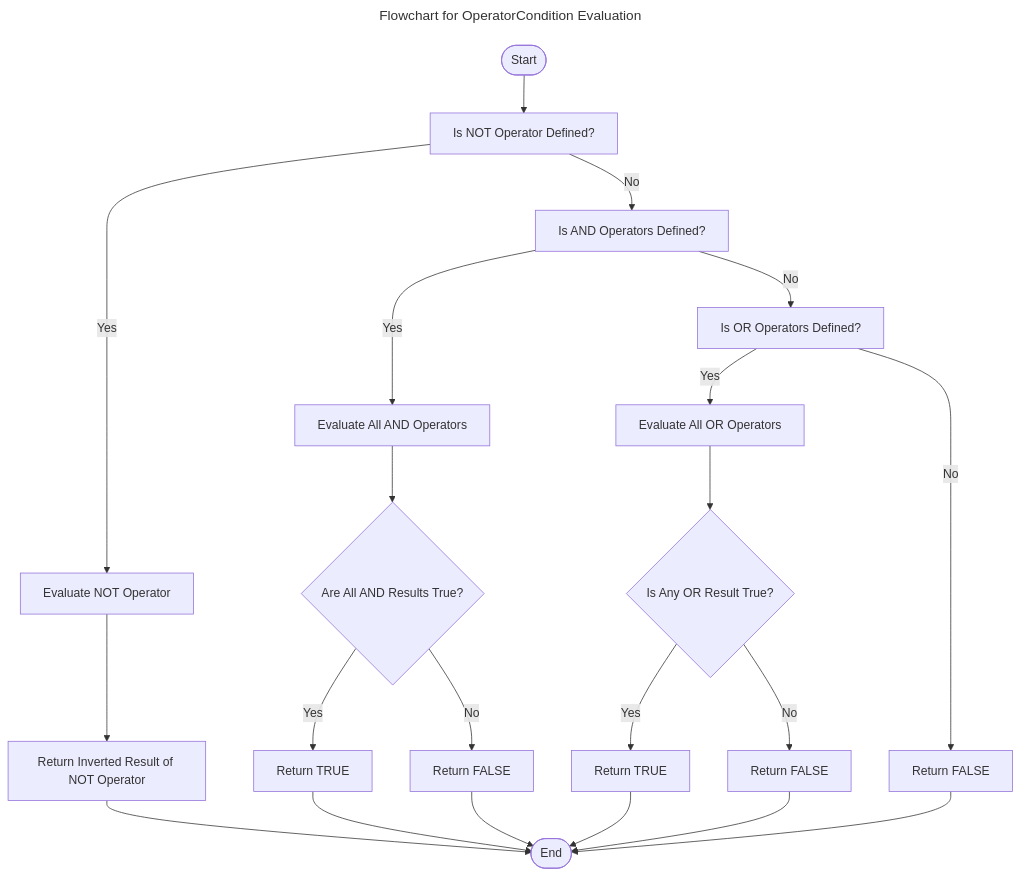
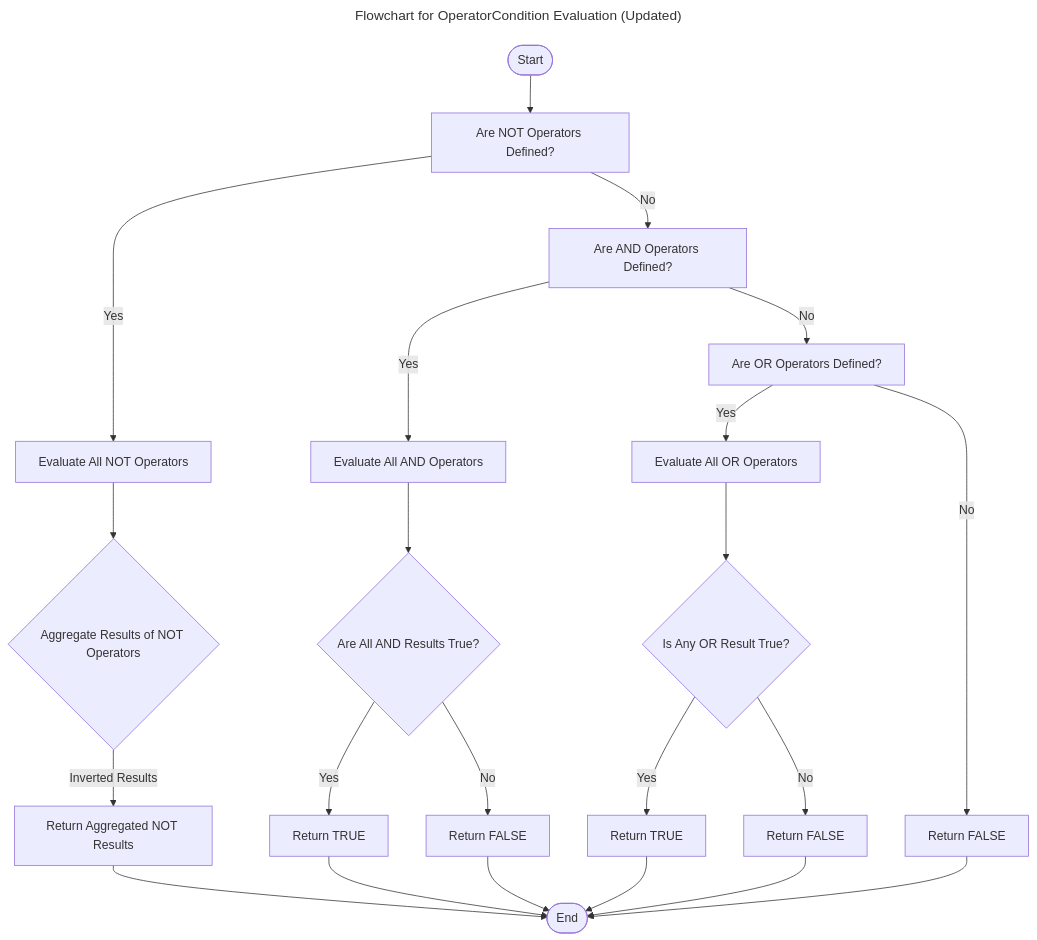
The third of 3 diagrams in README.md (thanhtrixx/rule-engine), drawn with Mermaid before and after one commit. The commit also changed other lines of this file and 6 other files, not shown here.

````diff
--- a/README.md
+++ b/README.md
@@ -113,32 +191,34 @@
 ```mermaid
 ---
-title: Flowchart for OperatorCondition Evaluation
+---
+title: Flowchart for OperatorCondition Evaluation (Updated)
 ---
 flowchart TD
-    Start([Start]) --> CheckNOT[Is NOT Operator Defined?]
+    Start([Start]) --> CheckNOTList[Are NOT Operators Defined?]
     
-    CheckNOT -->|Yes| EvaluateNOT[Evaluate NOT Operator]
-    EvaluateNOT --> ReturnNOTResult[Return Inverted Result of NOT Operator]
+    CheckNOTList -->|Yes| EvaluateNOTList[Evaluate All NOT Operators]
+    EvaluateNOTList --> AggregateNOTResults{Aggregate Results of NOT Operators}
+    AggregateNOTResults -->|Inverted Results| ReturnNOTResult[Return Aggregated NOT Results]
     ReturnNOTResult --> End([End])
     
-    CheckNOT -->|No| CheckAND[Is AND Operators Defined?]
+    CheckNOTList -->|No| CheckAND[Are AND Operators Defined?]
     
     CheckAND -->|Yes| EvaluateAND[Evaluate All AND Operators]
     EvaluateAND --> CheckAllANDTrue{Are All AND Results True?}
     CheckAllANDTrue -->|Yes| ReturnANDTrue[Return TRUE]
     CheckAllANDTrue -->|No| ReturnANDFalse[Return FALSE]
     ReturnANDTrue --> End
     ReturnANDFalse --> End
     
-    CheckAND -->|No| CheckOR[Is OR Operators Defined?]
+    CheckAND -->|No| CheckOR[Are OR Operators Defined?]
     
     CheckOR -->|Yes| EvaluateOR[Evaluate All OR Operators]
     EvaluateOR --> CheckAnyORTrue{Is Any OR Result True?}
     CheckAnyORTrue -->|Yes| ReturnORTrue[Return TRUE]
     CheckAnyORTrue -->|No| ReturnORFalse[Return FALSE]
     ReturnORTrue --> End
     ReturnORFalse --> End
     
     CheckOR -->|No| ReturnDefaultFalse[Return FALSE]
     ReturnDefaultFalse --> End
 ```
````
